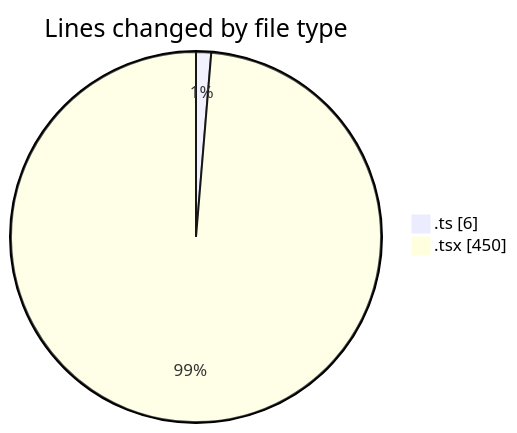
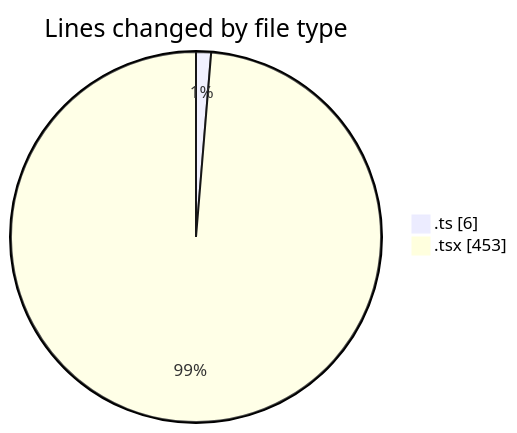
One commit to momahboobian/code-tracking changed the first of 2 diagrams in 2025-07-01/cda/README.md. Above: the diagram before and after it, drawn with Mermaid. The commit also changed other lines of this file and 1 other file, not shown here.

````diff
--- a/2025-07-01/cda/README.md
+++ b/2025-07-01/cda/README.md
@@ -22,6 +22,6 @@
 ```mermaid
 pie showData
 title Lines changed by file type
 ".ts" : 6
-".tsx" : 450
+".tsx" : 453
 ```
````
